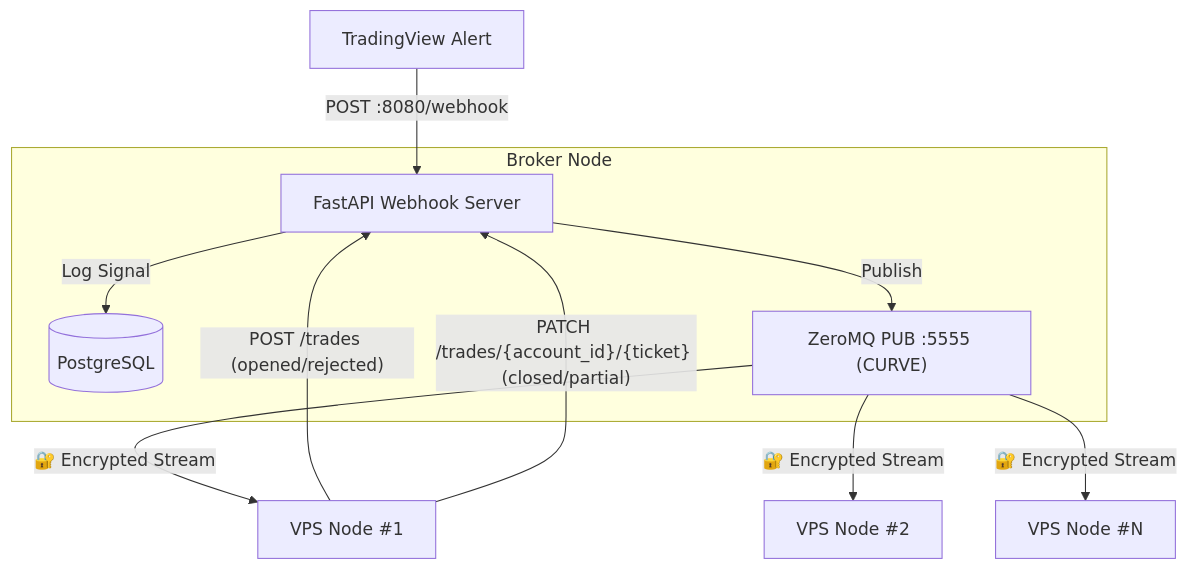
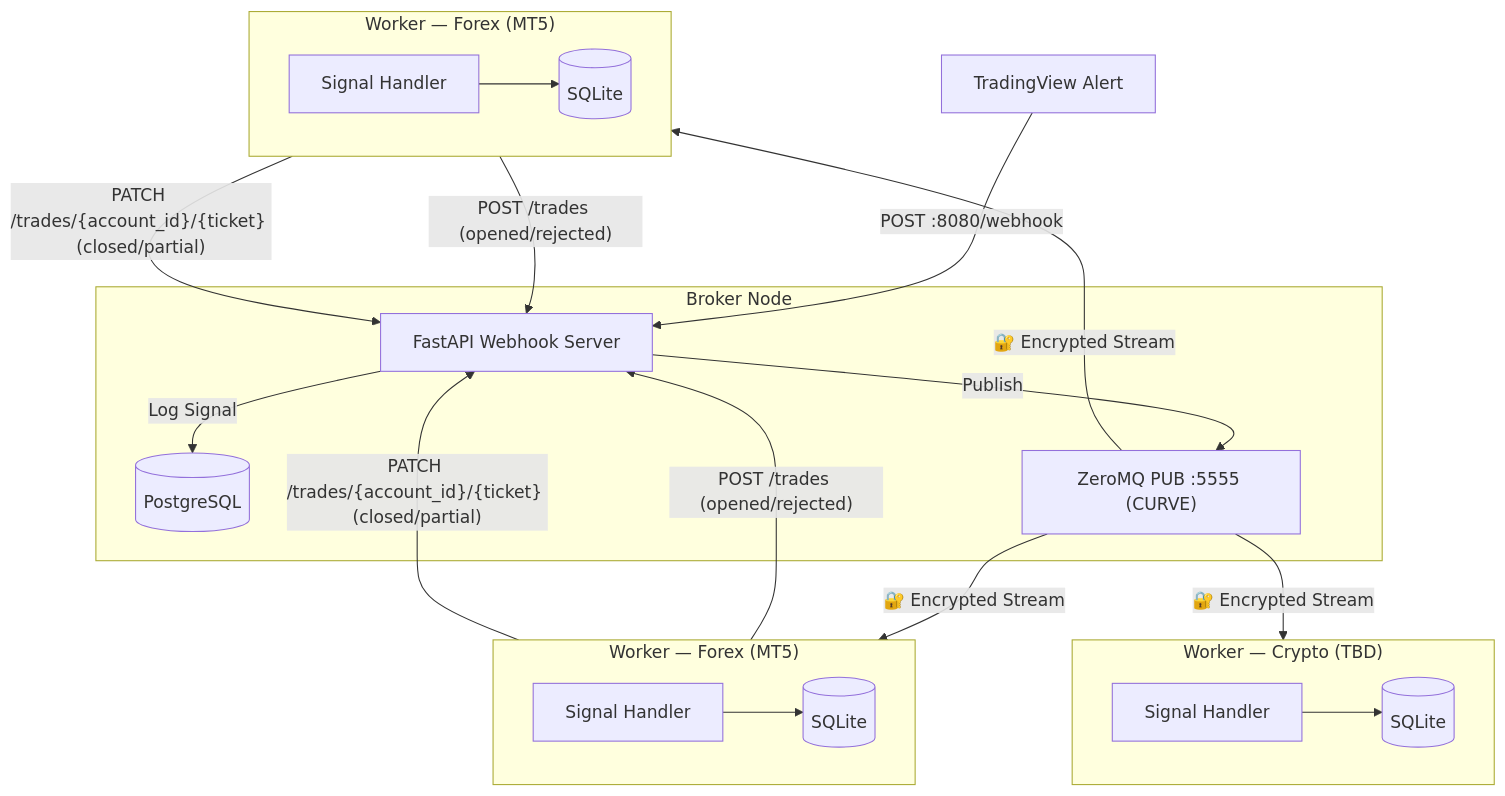
Before and after one commit to rockingrow/algo-trading-worker: the diagram in README.md, drawn with Mermaid. The commit also changed other lines of this file and 11 other files, not shown here.

````diff
--- a/README.md
+++ b/README.md
@@ -7,16 +7,27 @@
 ```mermaid
 graph TD
     TV[TradingView Alert] -- "POST :8080/webhook" --> Broker
     subgraph "Broker Node"
         Broker[FastAPI Webhook Server]
         DB[(PostgreSQL)]
         ZMQ["ZeroMQ PUB :5555 (CURVE)"]
         Broker -- "Log Signal" --> DB
         Broker -- "Publish" --> ZMQ
     end
-    ZMQ -- "🔐 Encrypted Stream" --> VPS1[VPS Node #1]
-    ZMQ -- "🔐 Encrypted Stream" --> VPS2[VPS Node #2]
-    ZMQ -- "🔐 Encrypted Stream" --> VPSN[VPS Node #N]
-    VPS1 -- "POST /trades (opened/rejected)" --> Broker
-    VPS1 -- "PATCH /trades/{account_id}/{ticket} (closed/partial)" --> Broker
+    ZMQ -- "🔐 Encrypted Stream" --> W1
+    ZMQ -- "🔐 Encrypted Stream" --> W2
+    ZMQ -- "🔐 Encrypted Stream" --> WN
+    subgraph W1["Worker — Forex (MT5)"]
+        W1A[Signal Handler] --> W1B[(SQLite)]
+    end
+    subgraph W2["Worker — Forex (MT5)"]
+        W2A[Signal Handler] --> W2B[(SQLite)]
+    end
+    subgraph WN["Worker — Crypto (TBD)"]
+        WNA[Signal Handler] --> WNB[(SQLite)]
+    end
+    W1 -- "POST /trades (opened/rejected)" --> Broker
+    W1 -- "PATCH /trades/{account_id}/{ticket} (closed/partial)" --> Broker
+    W2 -- "POST /trades (opened/rejected)" --> Broker
+    W2 -- "PATCH /trades/{account_id}/{ticket} (closed/partial)" --> Broker
 ```
````
